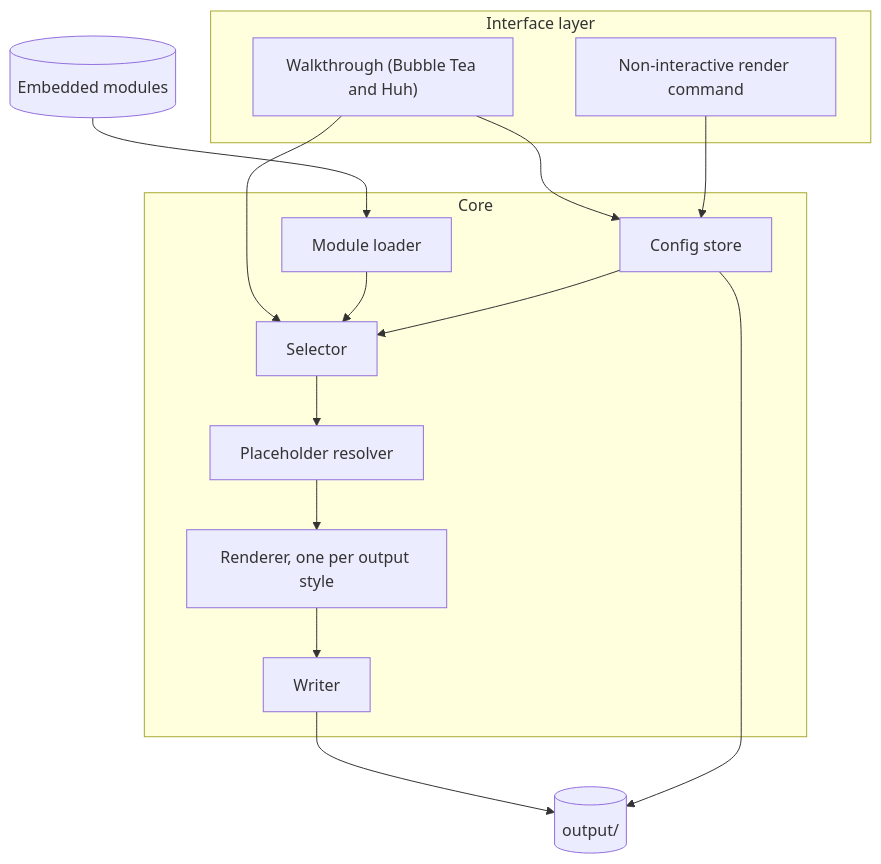
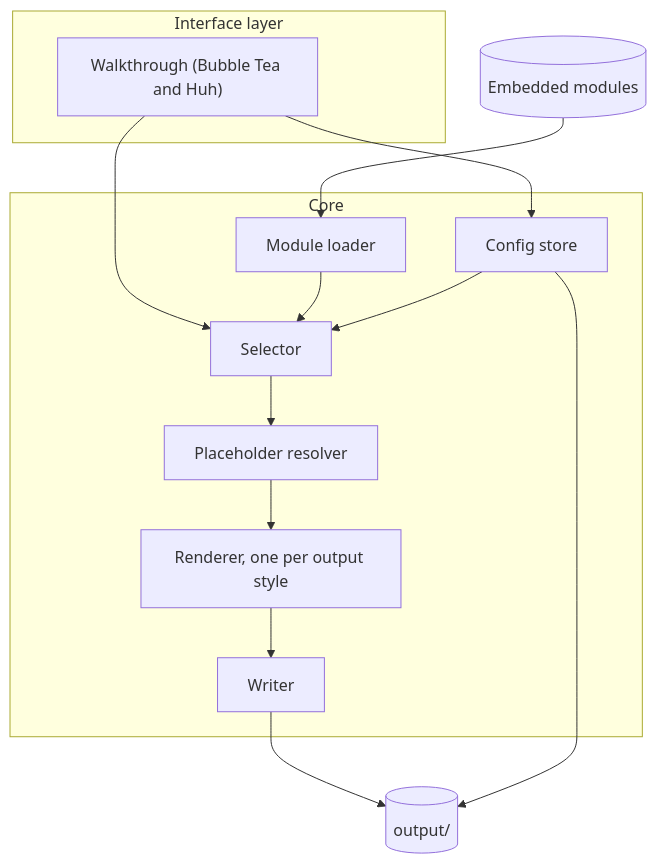
The diagram in docs/architecture/02-components.md (8thlight-daveloper/onboard-kit), drawn with Mermaid before and after one commit. The commit also changed other lines of this file and 3 other files, not shown here.

Commit message:
Defer non-interactive render and fix the config file name

````diff
--- a/docs/architecture/02-components.md
+++ b/docs/architecture/02-components.md
@@ -7,31 +7,29 @@
 ```mermaid
 flowchart TB
     subgraph interface["Interface layer"]
         walkthrough["Walkthrough (Bubble Tea and Huh)"]
-        render_cmd["Non-interactive render command"]
     end
 
     subgraph core["Core"]
         config_store["Config store"]
         loader["Module loader"]
         selector["Selector"]
         resolver["Placeholder resolver"]
         renderer["Renderer, one per output style"]
         writer["Writer"]
     end
 
     modules[("Embedded modules")]
     output[("output/")]
 
     walkthrough --> config_store
-    render_cmd --> config_store
     walkthrough --> selector
     modules --> loader
     loader --> selector
     config_store --> selector
     selector --> resolver
     resolver --> renderer
     renderer --> writer
     writer --> output
     config_store --> output
 ```
````
